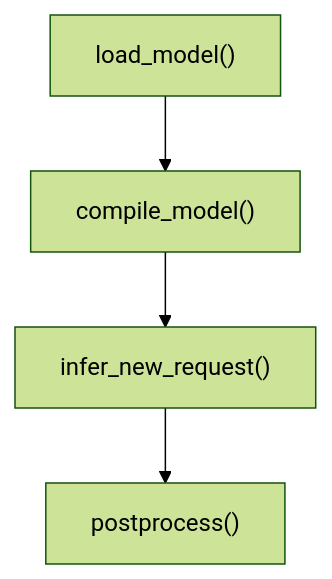
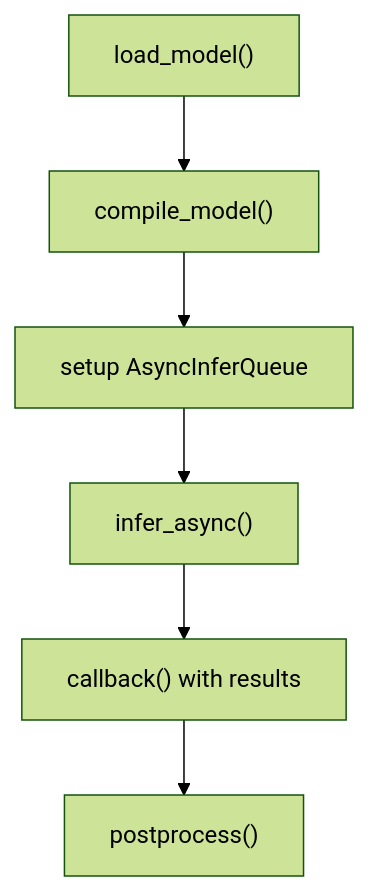
One commit to Fogus-Gr/MeasurementsDTs changed the eighth of 10 diagrams in .qoder/repowiki/en/content/Performance Optimization/Model Optimization.md. Above: the diagram before and after it, drawn with Mermaid (forest theme). The commit also changed other lines of this file and 14 other files, not shown here.

````diff
--- a/.qoder/repowiki/en/content/Performance Optimization/Model Optimization.md
+++ b/.qoder/repowiki/en/content/Performance Optimization/Model Optimization.md
@@ -301,6 +385,8 @@
 ```mermaid
 flowchart TD
 Load["load_model()"] --> Compile["compile_model()"]
-Compile --> Infer["infer_new_request()"]
-Infer --> Post["postprocess()"]
+Compile --> AsyncQueue["setup AsyncInferQueue"]
+AsyncQueue --> Infer["infer_async()"]
+Infer --> Callback["callback() with results"]
+Callback --> Post["postprocess()"]
 ```
````
